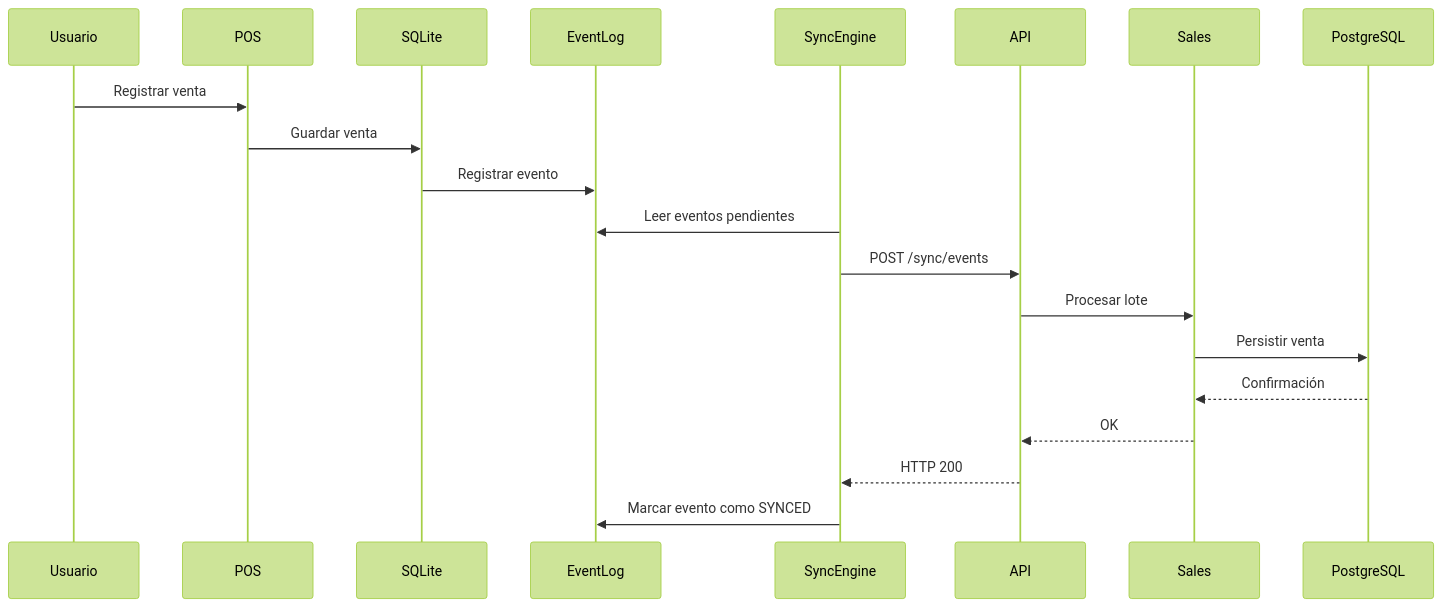
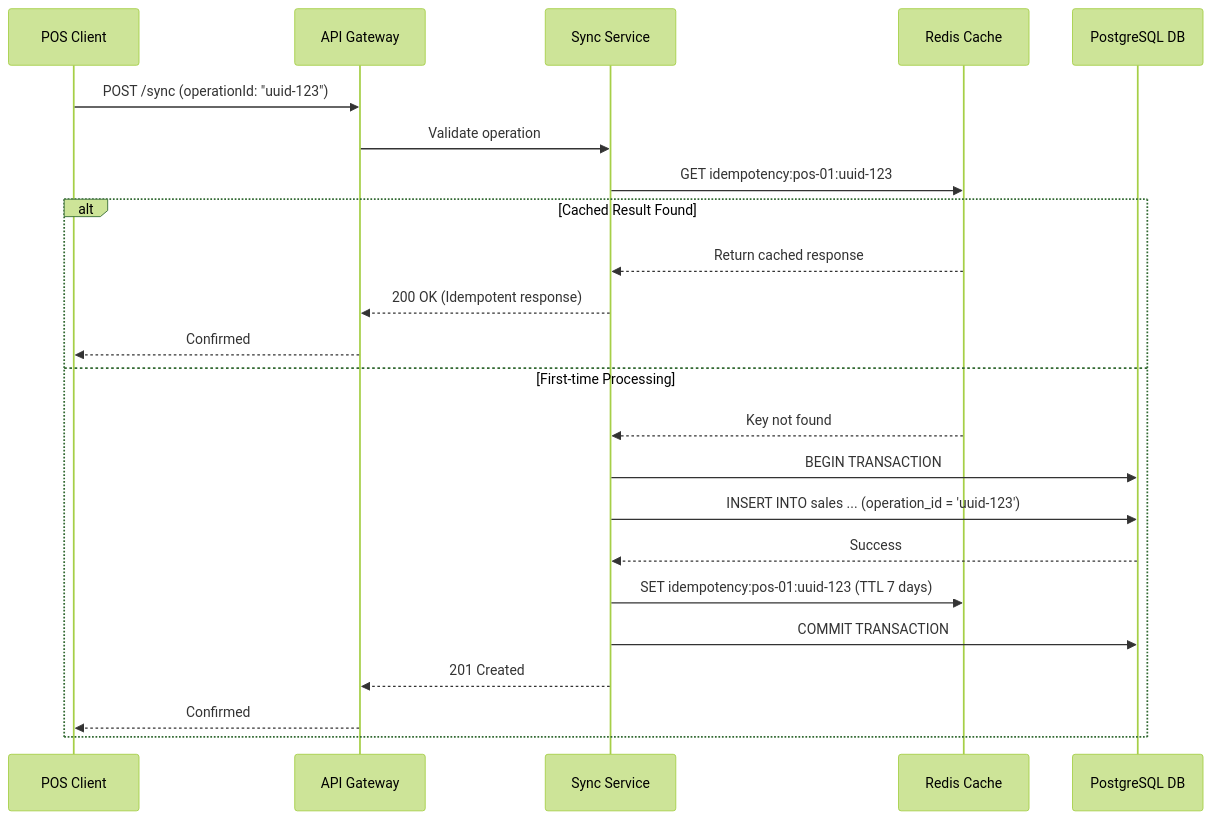
One commit to migueval/software-engineering changed the second of 3 diagrams in Connectivity Strategies in Distributed Systems/SYNCHRONIZATION.md. Above: the diagram before and after it, drawn with Mermaid (forest theme). The commit also changed other lines of this file and 19 other files, not shown here.

````diff
--- a/Connectivity Strategies in Distributed Systems/SYNCHRONIZATION.md
+++ b/Connectivity Strategies in Distributed Systems/SYNCHRONIZATION.md
@@ -270,34 +54,27 @@
 ```mermaid
 sequenceDiagram
+    participant Client as POS Client
+    participant API as API Gateway
+    participant Sync as Sync Service
+    participant Redis as Redis Cache
+    participant DB as PostgreSQL DB
 
-participant Usuario
-participant POS
-participant SQLite
-participant EventLog
-participant SyncEngine
-participant API
-participant Sales
-participant PostgreSQL
+    Client->>API: POST /sync (operationId: "uuid-123")
+    API->>Sync: Validate operation
+    Sync->>Redis: GET idempotency:pos-01:uuid-123
 
-Usuario->>POS: Registrar venta
-
-POS->>SQLite: Guardar venta
-
-SQLite->>EventLog: Registrar evento
-
-SyncEngine->>EventLog: Leer eventos pendientes
-
-SyncEngine->>API: POST /sync/events
-
-API->>Sales: Procesar lote
-
-Sales->>PostgreSQL: Persistir venta
-
-PostgreSQL-->>Sales: Confirmación
-
-Sales-->>API: OK
-
-API-->>SyncEngine: HTTP 200
-
-SyncEngine->>EventLog: Marcar evento como SYNCED
+    alt Cached Result Found
+        Redis-->>Sync: Return cached response
+        Sync-->>API: 200 OK (Idempotent response)
+        API-->>Client: Confirmed
+    else First-time Processing
+        Redis-->>Sync: Key not found
+        Sync->>DB: BEGIN TRANSACTION
+        Sync->>DB: INSERT INTO sales ... (operation_id = 'uuid-123')
+        DB-->>Sync: Success
+        Sync->>Redis: SET idempotency:pos-01:uuid-123 (TTL 7 days)
+        Sync->>DB: COMMIT TRANSACTION
+        Sync-->>API: 201 Created
+        API-->>Client: Confirmed
+    end
 ```
````
